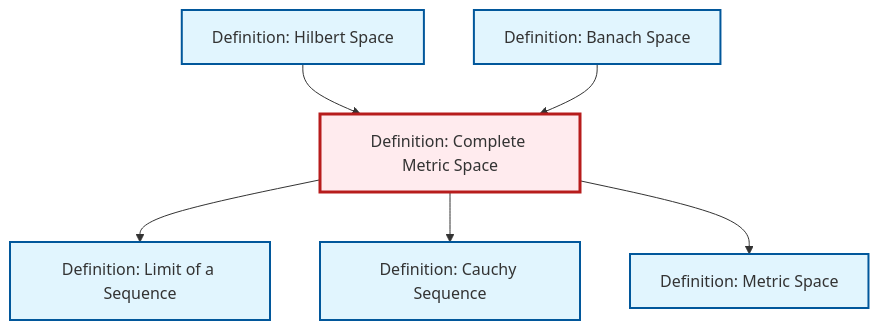
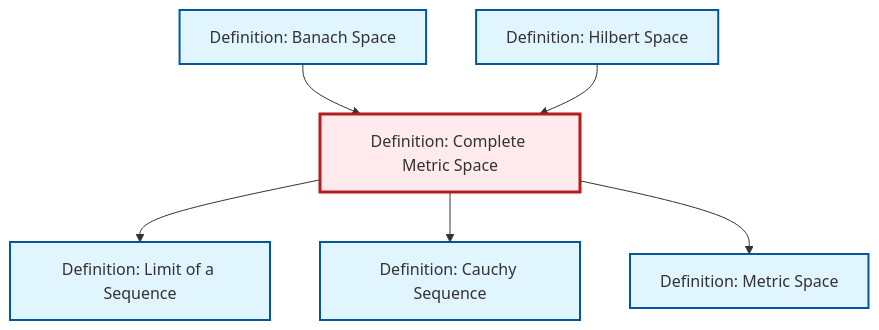
The diagram in content/en/analysis/def-complete-metric-space.qmd (RK0429/ModernMath), drawn with Mermaid before and after one commit. The commit also changed other lines of this file and 634 other files, not shown here.

````diff
--- a/content/en/analysis/def-complete-metric-space.qmd
+++ b/content/en/analysis/def-complete-metric-space.qmd
@@ -53,26 +53,26 @@
 ```{mermaid}
 %%| fig-cap: "Local dependency graph"
 graph TD
     classDef definition fill:#e1f5fe,stroke:#01579b,stroke-width:2px
     classDef theorem fill:#f3e5f5,stroke:#4a148c,stroke-width:2px
     classDef axiom fill:#fff3e0,stroke:#e65100,stroke-width:2px
     classDef example fill:#e8f5e9,stroke:#1b5e20,stroke-width:2px
     classDef current fill:#ffebee,stroke:#b71c1c,stroke-width:3px
+    def-hilbert-space["Definition: Hilbert Space"]:::definition
+    def-banach-space["Definition: Banach Space"]:::definition
+    def-cauchy-sequence["Definition: Cauchy Sequence"]:::definition
+    def-metric-space["Definition: Metric Space"]:::definition
     def-complete-metric-space["Definition: Complete Metric Space"]:::definition
-    def-metric-space["Definition: Metric Space"]:::definition
-    def-cauchy-sequence["Definition: Cauchy Sequence"]:::definition
-    def-banach-space["Definition: Banach Space"]:::definition
     def-limit["Definition: Limit of a Sequence"]:::definition
-    def-hilbert-space["Definition: Hilbert Space"]:::definition
-    def-hilbert-space --> def-complete-metric-space
     def-complete-metric-space --> def-limit
-    def-banach-space --> def-complete-metric-space
     def-complete-metric-space --> def-cauchy-sequence
     def-complete-metric-space --> def-metric-space
+    def-banach-space --> def-complete-metric-space
+    def-hilbert-space --> def-complete-metric-space
     class def-complete-metric-space current
+    click def-hilbert-space "def-hilbert-space.html" "Go to Hilbert Space definition"
+    click def-banach-space "def-banach-space.html" "Go to Banach Space definition"
+    click def-cauchy-sequence "def-cauchy-sequence.html" "Go to Cauchy Sequence definition"
     click def-metric-space "def-metric-space.html" "Go to Metric Space definition"
-    click def-cauchy-sequence "def-cauchy-sequence.html" "Go to Cauchy Sequence definition"
-    click def-banach-space "def-banach-space.html" "Go to Banach Space definition"
     click def-limit "def-limit.html" "Go to Limit of a Sequence definition"
-    click def-hilbert-space "def-hilbert-space.html" "Go to Hilbert Space definition"
 ```
````
